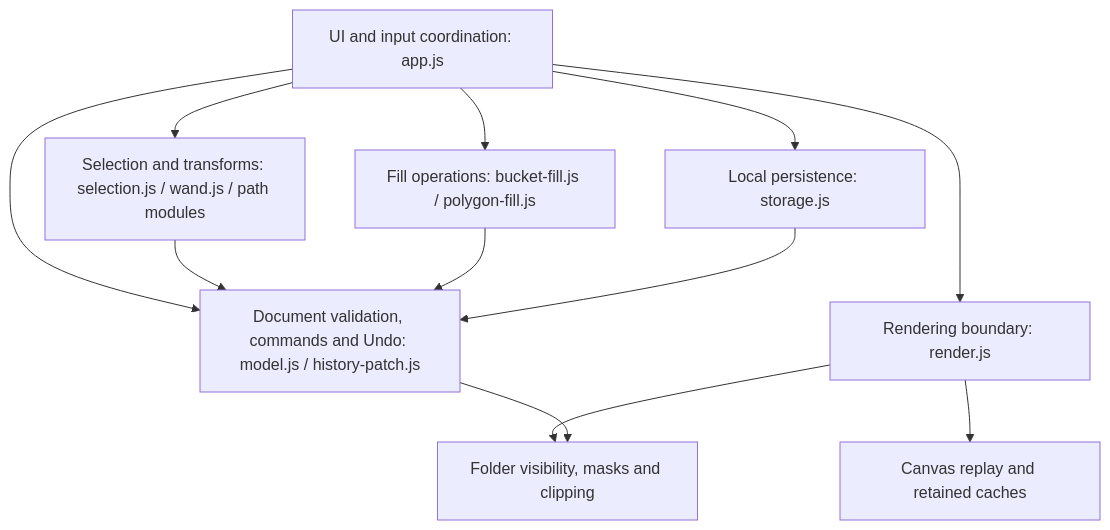
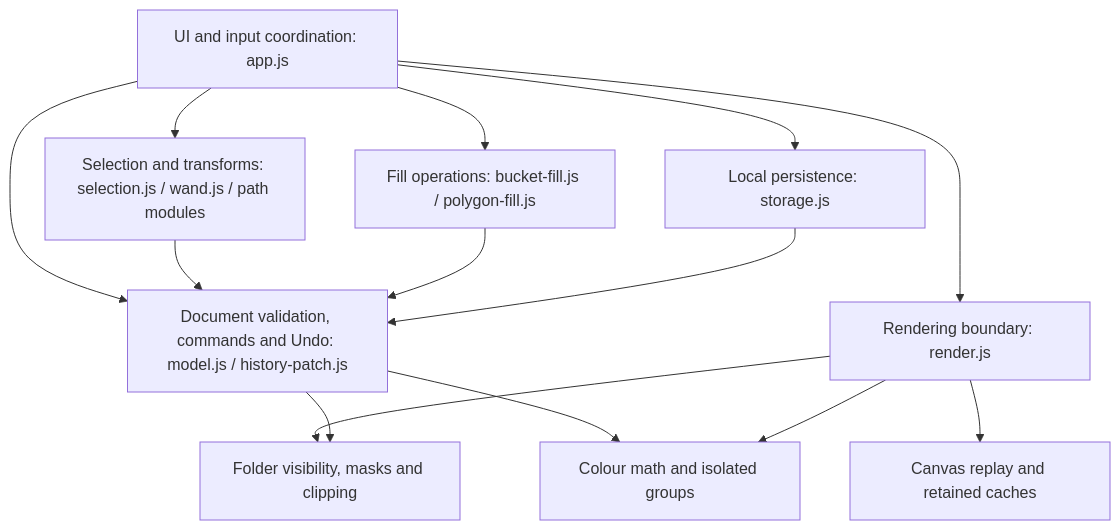
Before and after one commit to lionellmisquitta/unruly: the diagram in docs/delivery/CODE_STRUCTURE.md, drawn with Mermaid. The commit also changed other lines of this file and 6 other files, not shown here.

````diff
--- a/docs/delivery/CODE_STRUCTURE.md
+++ b/docs/delivery/CODE_STRUCTURE.md
@@ -6,22 +6,25 @@
 ```mermaid
 flowchart TD
  UI["UI and input coordination: app.js"]
  DOC["Document validation, commands and Undo: model.js / history-patch.js"]
  SEL["Selection and transforms: selection.js / wand.js / path modules"]
  FILL["Fill operations: bucket-fill.js / polygon-fill.js"]
  RENDER["Rendering boundary: render.js"]
  STORE["Local persistence: storage.js"]
  ENGINE["Canvas replay and retained caches"]
  COMP["Folder visibility, masks and clipping"]
+ EFFECT["Colour math and isolated groups"]
  UI --> DOC
  UI --> SEL
  UI --> FILL
  UI --> RENDER
  UI --> STORE
  SEL --> DOC
  FILL --> DOC
  STORE --> DOC
  RENDER --> ENGINE
  RENDER --> COMP
  DOC --> COMP
+ DOC --> EFFECT
+ RENDER --> EFFECT
 ```
````
